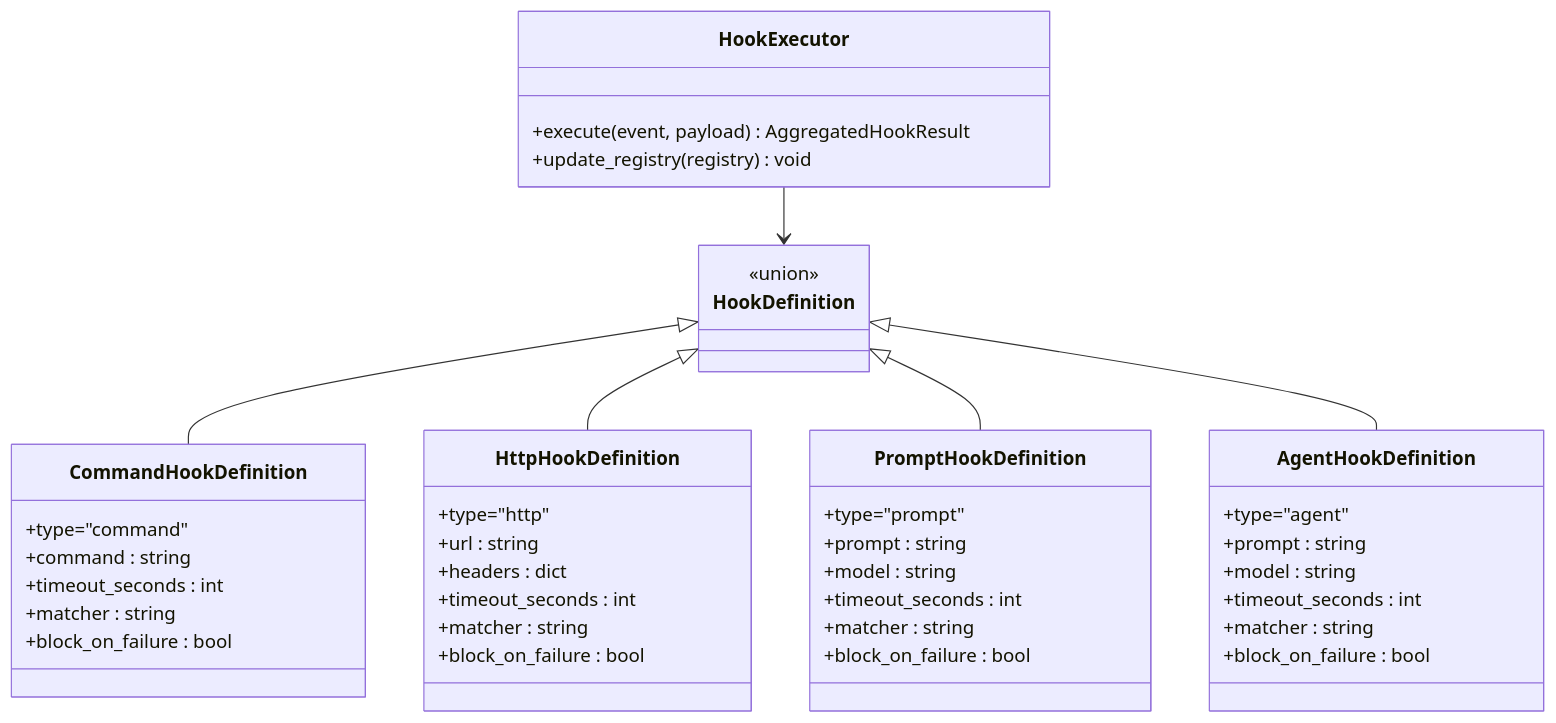
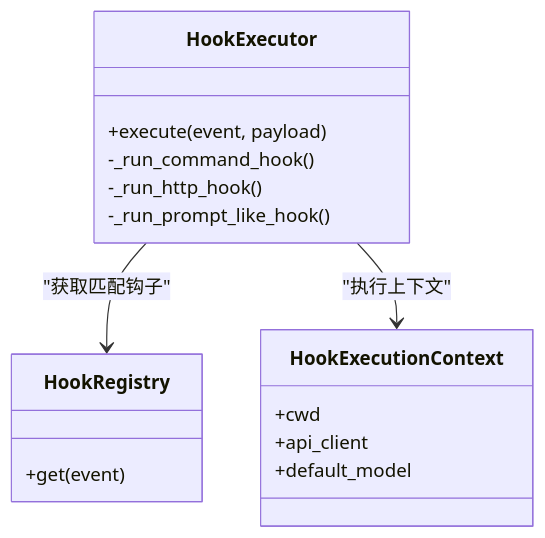
The seventh of 9 diagrams in .qoder/repowiki/zh/content/核心概念/核心概念.md (haolange/OpenHarness), drawn with Mermaid before and after one commit. The commit also changed other lines of this file and 222 other files, not shown here.

````diff
--- a/.qoder/repowiki/zh/content/核心概念/核心概念.md
+++ b/.qoder/repowiki/zh/content/核心概念/核心概念.md
@@ -355,46 +357,19 @@
 ```mermaid
 classDiagram
 class HookExecutor {
-+execute(event, payload) AggregatedHookResult
-+update_registry(registry) void
++execute(event, payload)
+-_run_command_hook()
+-_run_http_hook()
+-_run_prompt_like_hook()
 }
-class HookDefinition {
-<<union>>
+class HookRegistry {
++get(event)
 }
-class CommandHookDefinition {
-+type="command"
-+command : string
-+timeout_seconds : int
-+matcher : string
-+block_on_failure : bool
+class HookExecutionContext {
++cwd
++api_client
++default_model
 }
-class HttpHookDefinition {
-+type="http"
-+url : string
-+headers : dict
-+timeout_seconds : int
-+matcher : string
-+block_on_failure : bool
-}
-class PromptHookDefinition {
-+type="prompt"
-+prompt : string
-+model : string
-+timeout_seconds : int
-+matcher : string
-+block_on_failure : bool
-}
-class AgentHookDefinition {
-+type="agent"
-+prompt : string
-+model : string
-+timeout_seconds : int
-+matcher : string
-+block_on_failure : bool
-}
-HookExecutor --> HookDefinition
-HookDefinition <|-- CommandHookDefinition
-HookDefinition <|-- HttpHookDefinition
-HookDefinition <|-- PromptHookDefinition
-HookDefinition <|-- AgentHookDefinition
+HookExecutor --> HookRegistry : "获取匹配钩子"
+HookExecutor --> HookExecutionContext : "执行上下文"
 ```
````
